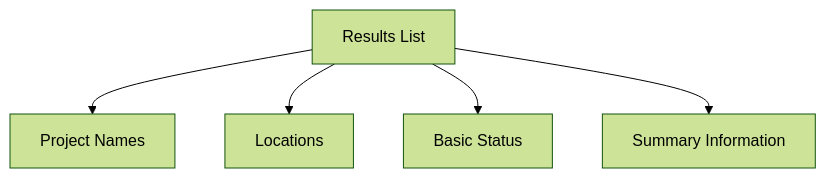
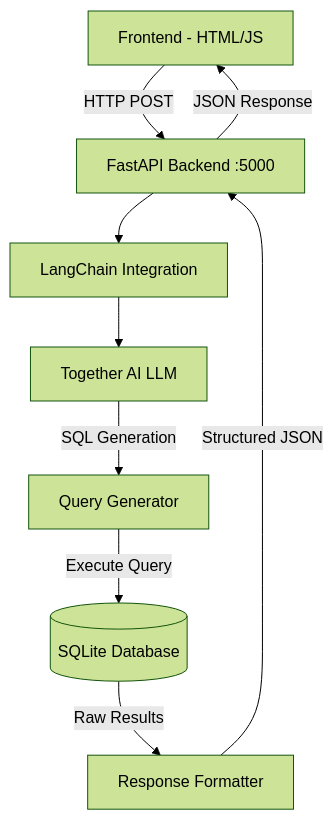
The fourth of 4 diagrams in docs/chatbot_flow.md (djpapzin/malawi-rag-sql-chatbot), drawn with Mermaid (forest theme) before and after one commit. The commit also changed other lines of this file and 7 other files, not shown here.

````diff
--- a/docs/chatbot_flow.md
+++ b/docs/chatbot_flow.md
@@ -78,7 +64,11 @@
 ```mermaid
-graph TD
-    A[Results List] --> B[Project Names]
-    A --> C[Locations]
-    A --> D[Basic Status]
-    A --> E[Summary Information]
+flowchart TD
+    A[Frontend - HTML/JS] -->|HTTP POST| B[FastAPI Backend :5000]
+    B --> C[LangChain Integration]
+    C --> D[Together AI LLM]
+    D -->|SQL Generation| E[Query Generator]
+    E -->|Execute Query| F[(SQLite Database)]
+    F -->|Raw Results| G[Response Formatter]
+    G -->|Structured JSON| B
+    B -->|JSON Response| A
 ```
````
